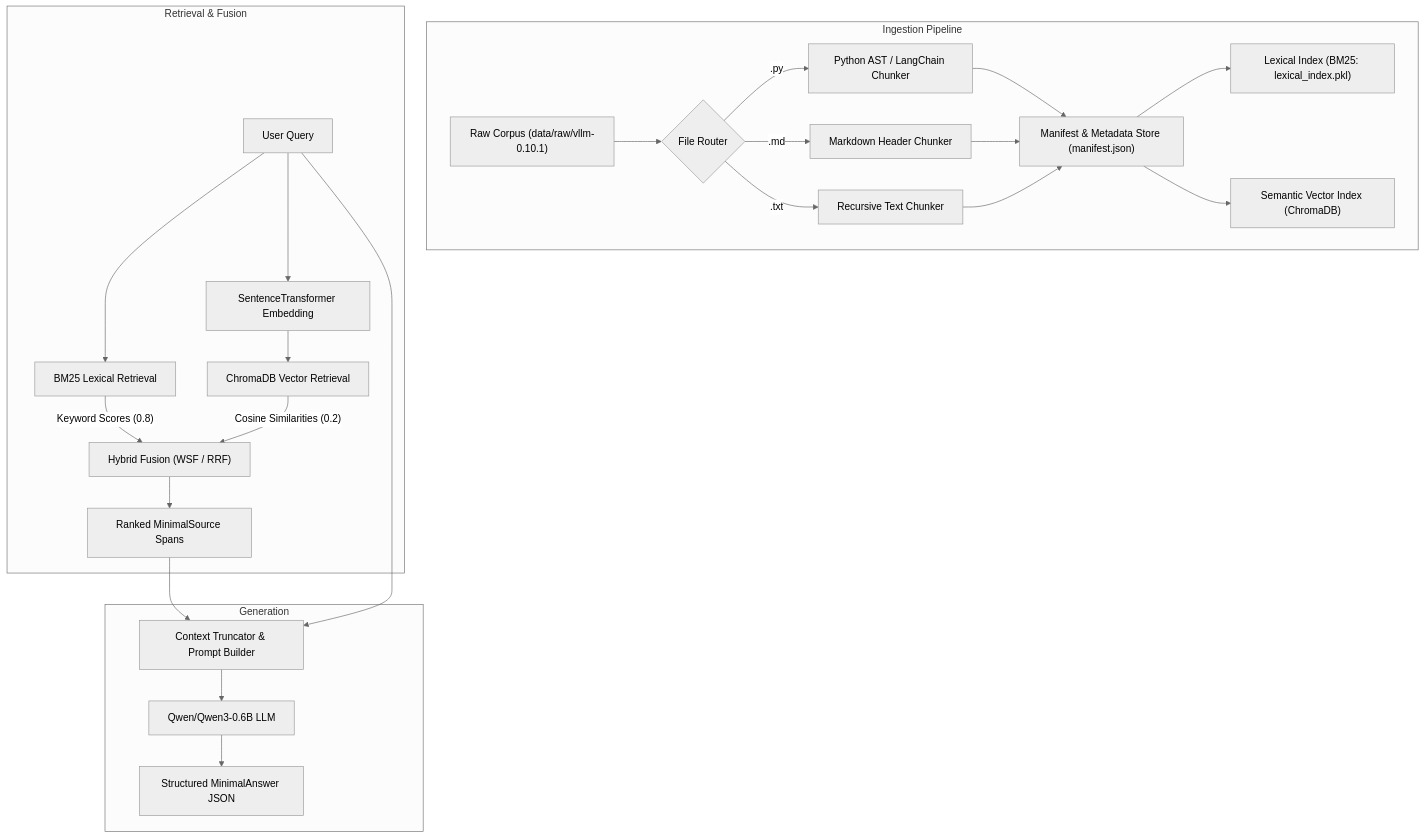
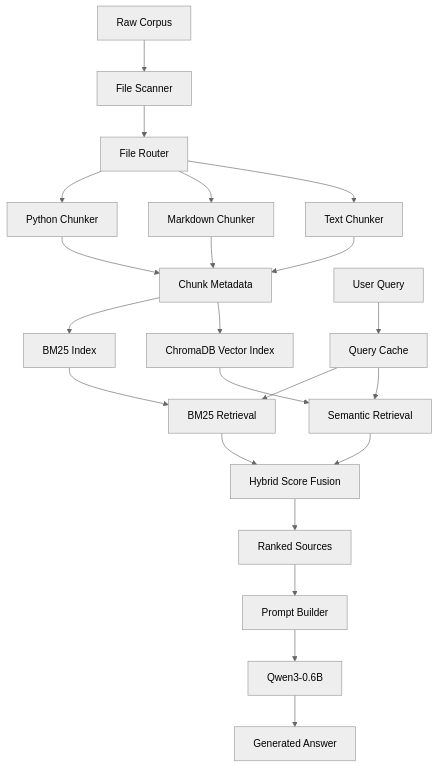
The diagram in README.md (Yahyaoui7/42_RAG), drawn with Mermaid (neutral theme) before and after one commit. The commit also changed other lines of this file and 13 other files, not shown here.

Commit message:
[UP]: change the QWEN_MAX_NEW_TOKENS from 300 to 512 the variable about what the number to llm give me as answer, and extend the bedgut to give the model from 60000 to 150000 because the queen0.6b llm limits is 32000 , add the stemmer and stopword in BM25 tokenizer

````diff
--- a/README.md
+++ b/README.md
@@ -23,28 +39,25 @@
 ```mermaid
 flowchart TD
-    subgraph Ingestion Pipeline
-        A["Raw Corpus (data/raw/vllm-0.10.1)"] --> B{"File Router"}
-        B -->|".py"| C["Python AST / LangChain Chunker"]
-        B -->|".md"| D["Markdown Header Chunker"]
-        B -->|".txt"| E["Recursive Text Chunker"]
-        C & D & E --> F["Manifest & Metadata Store (manifest.json)"]
-        F --> G["Lexical Index (BM25: lexical_index.pkl)"]
-        F --> H["Semantic Vector Index (ChromaDB)"]
-    end
+    A["Raw Corpus"] --> B["File Scanner"]
+    B --> C["File Router"]
+    C --> D["Python Chunker"]
+    C --> E["Markdown Chunker"]
+    C --> F["Text Chunker"]
+    D --> G["Chunk Metadata"]
+    E --> G
+    F --> G
+    G --> H["BM25 Index"]
+    G --> I["ChromaDB Vector Index"]
 
-    subgraph Retrieval & Fusion
-        Q["User Query"] --> I["BM25 Lexical Retrieval"]
-        Q --> J["SentenceTransformer Embedding"]
-        J --> K["ChromaDB Vector Retrieval"]
-        I -->|"Keyword Scores (0.8)"| L["Hybrid Fusion (WSF / RRF)"]
-        K -->|"Cosine Similarities (0.2)"| L
-        L --> M["Ranked MinimalSource Spans"]
-    end
-
-    subgraph Generation
-        M --> N["Context Truncator & Prompt Builder"]
-        Q --> N
-        N --> O["Qwen/Qwen3-0.6B LLM"]
-        O --> P["Structured MinimalAnswer JSON"]
-    end
+    J["User Query"] --> K["Query Cache"]
+    K --> L["BM25 Retrieval"]
+    K --> M["Semantic Retrieval"]
+    H --> L
+    I --> M
+    L --> N["Hybrid Score Fusion"]
+    M --> N
+    N --> O["Ranked Sources"]
+    O --> P["Prompt Builder"]
+    P --> Q["Qwen3-0.6B"]
+    Q --> R["Generated Answer"]
 ```
````
